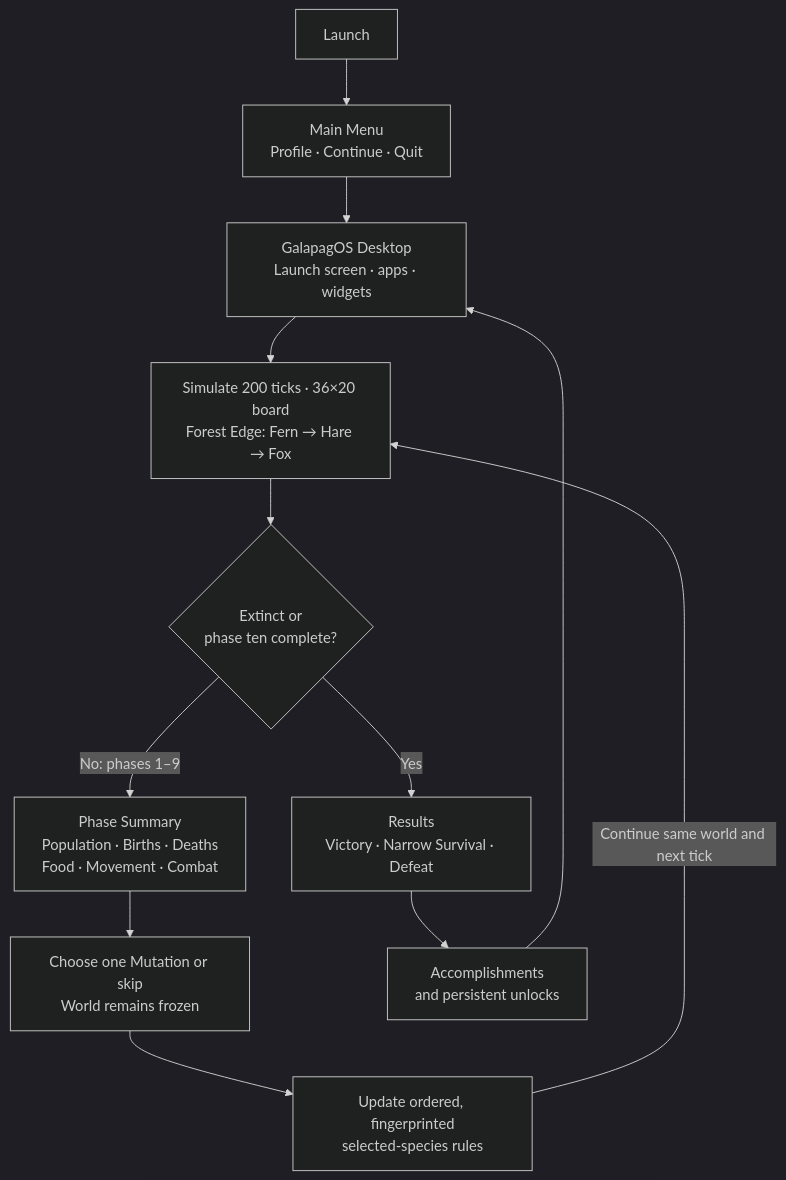
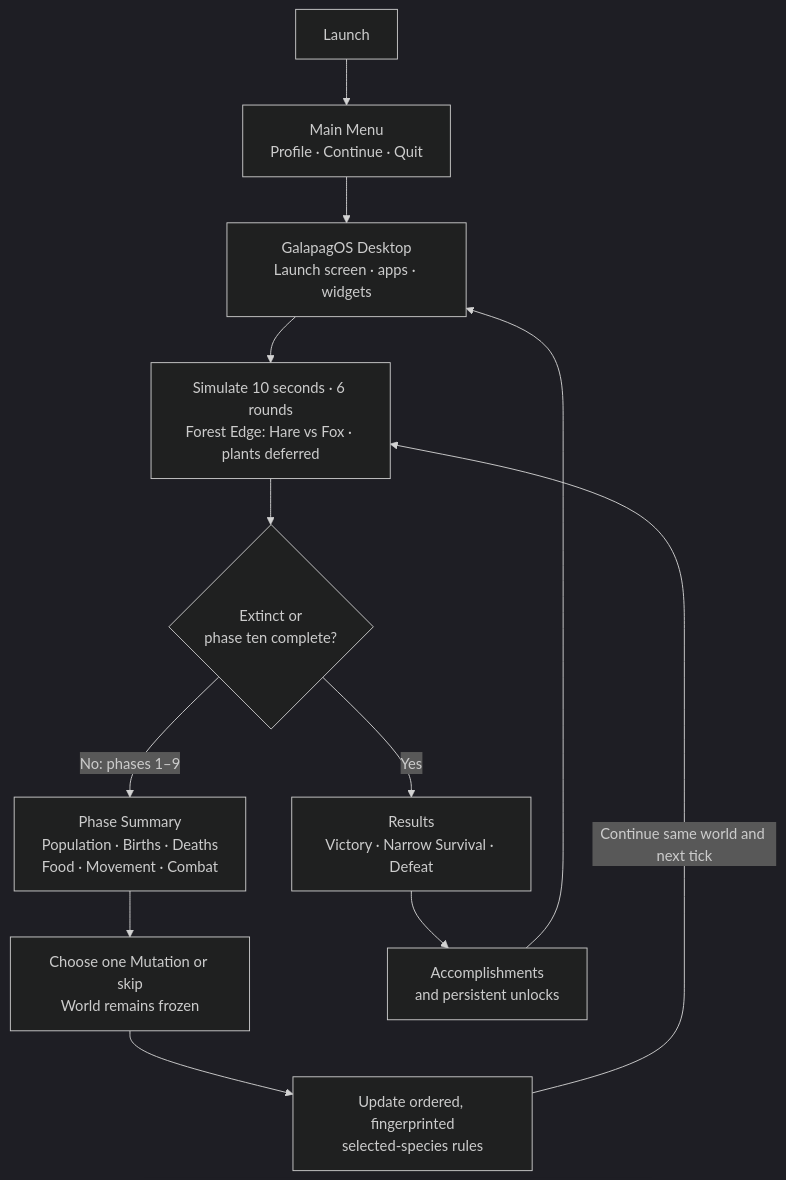
One commit to Saltylanguage/GameDev changed the first of 3 diagrams in LearningIndieDev/docs/Architecture Maps/GAME_ARCHITECTURE_AND_FLOWS.md. Above: the diagram before and after it, drawn with Mermaid (dark theme). The commit also changed other lines of this file and 28 other files, not shown here.

````diff
--- a/LearningIndieDev/docs/Architecture Maps/GAME_ARCHITECTURE_AND_FLOWS.md
+++ b/LearningIndieDev/docs/Architecture Maps/GAME_ARCHITECTURE_AND_FLOWS.md
@@ -13,21 +13,21 @@
 ```mermaid
 flowchart TB
     START["Launch"]
     MENU["Main Menu<br/>Profile · Continue · Quit"]
     DESKTOP["GalapagOS Desktop<br/>Launch screen · apps · widgets"]
-    SIM["Simulate 200 ticks · 36×20 board<br/>Forest Edge: Fern → Hare → Fox"]
+    SIM["Simulate 10 seconds · 6 rounds<br/>Forest Edge: Hare vs Fox · plants deferred"]
     END{"Extinct or<br/>phase ten complete?"}
     SUMMARY["Phase Summary<br/>Population · Births · Deaths<br/>Food · Movement · Combat"]
     UPGRADE["Choose one Mutation or skip<br/>World remains frozen"]
     RULESET["Update ordered, fingerprinted<br/>selected-species rules"]
 
     RESULTS["Results<br/>Victory · Narrow Survival · Defeat"]
     REWARD["Accomplishments<br/>and persistent unlocks"]
 
     START --> MENU --> DESKTOP --> SIM
     SIM --> END
 
     END -->|"No: phases 1–9"| SUMMARY --> UPGRADE --> RULESET
     RULESET -->|"Continue same world and next tick"| SIM
     END -->|"Yes"| RESULTS --> REWARD --> DESKTOP
 ```
````
